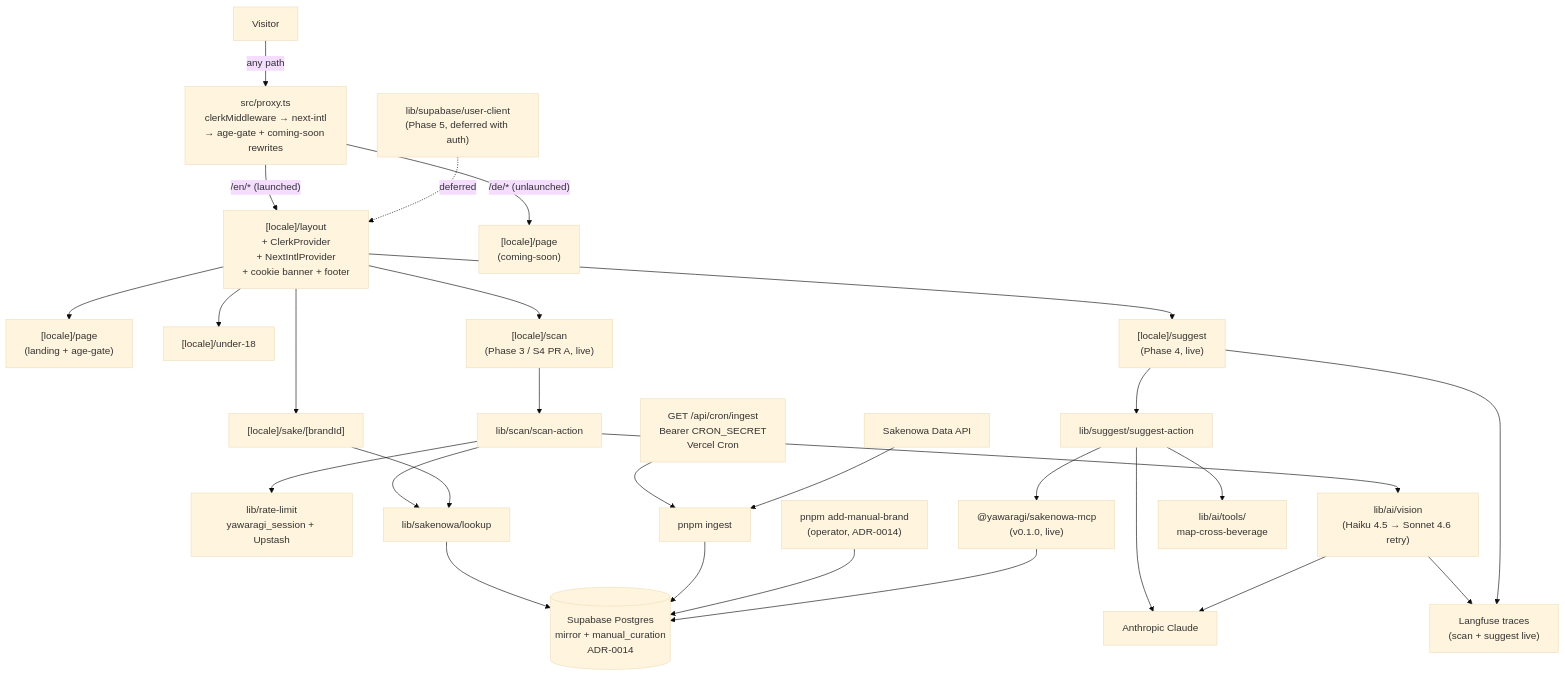
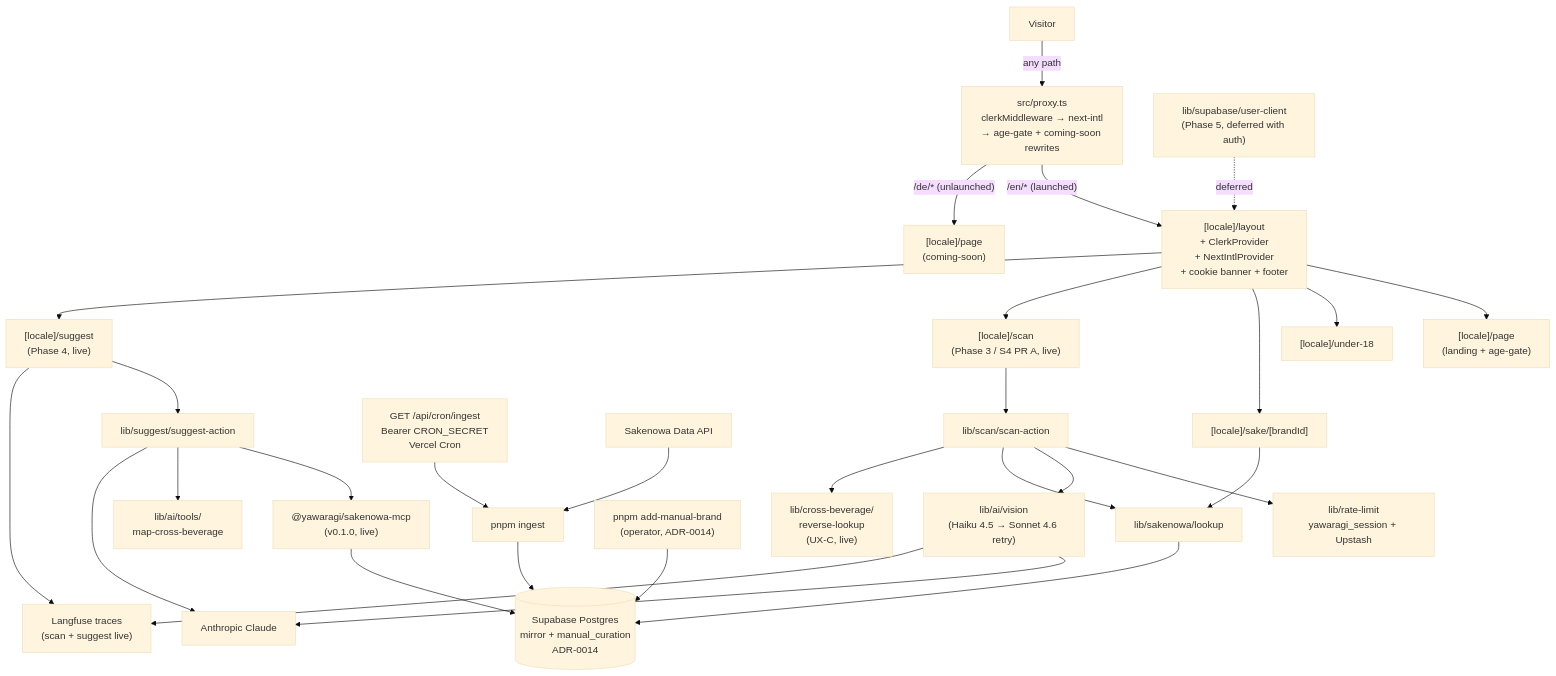
One commit to yawaragi-dev/yawaragi changed the diagram in README.md. Above: the diagram before and after it, drawn with Mermaid (base theme). The commit also changed other lines of this file, not shown here.

First line of the commit message:
docs(readme): reflect UX-C reverse cross-beverage layer

````diff
--- a/README.md
+++ b/README.md
@@ -37,30 +37,31 @@
 ```mermaid
 flowchart TD
   V[Visitor] -->|"any path"| P["src/proxy.ts<br/>clerkMiddleware → next-intl<br/>→ age-gate + coming-soon rewrites"]
   P -->|"/en/* (launched)"| LL["[locale]/layout<br/>+ ClerkProvider<br/>+ NextIntlProvider<br/>+ cookie banner + footer"]
   P -->|"/de/* (unlaunched)"| CS["[locale]/page<br/>(coming-soon)"]
   LL --> Landing["[locale]/page<br/>(landing + age-gate)"]
   LL --> Under18["[locale]/under-18"]
   LL --> Sake["[locale]/sake/[brandId]"]
   LL --> Scan["[locale]/scan<br/>(Phase 3 / S4 PR A, live)"]
   Scan --> ScanAction["lib/scan/scan-action"]
   ScanAction --> RateLimit["lib/rate-limit<br/>yawaragi_session + Upstash"]
   ScanAction --> Vision["lib/ai/vision<br/>(Haiku 4.5 → Sonnet 4.6 retry)"]
   ScanAction --> Lookup
+  ScanAction --> ReverseLookup["lib/cross-beverage/<br/>reverse-lookup<br/>(UX-C, live)"]
   Sake --> Lookup["lib/sakenowa/lookup"]
   Lookup --> DB[("Supabase Postgres<br/>mirror + manual_curation<br/>ADR-0014")]
   Ingest["pnpm ingest"] --> DB
   Manual["pnpm add-manual-brand<br/>(operator, ADR-0014)"] --> DB
   CronRoute["GET /api/cron/ingest<br/>Bearer CRON_SECRET<br/>Vercel Cron"] --> Ingest
   Sakenowa["Sakenowa Data API"] --> Ingest
   LL --> Suggest["[locale]/suggest<br/>(Phase 4, live)"]
   Suggest --> SuggestAction["lib/suggest/suggest-action"]
   SuggestAction --> MCP["@yawaragi/sakenowa-mcp<br/>(v0.1.0, live)"]
   SuggestAction --> CrossBev["lib/ai/tools/<br/>map-cross-beverage"]
   SuggestAction --> Anthropic
   Vision --> Anthropic["Anthropic Claude"]
   MCP --> DB
   Vision --> Trace["Langfuse traces<br/>(scan + suggest live)"]
   Suggest --> Trace
   UC["lib/supabase/user-client<br/>(Phase 5, deferred with auth)"] -.->|"deferred"| LL
 ```
````
